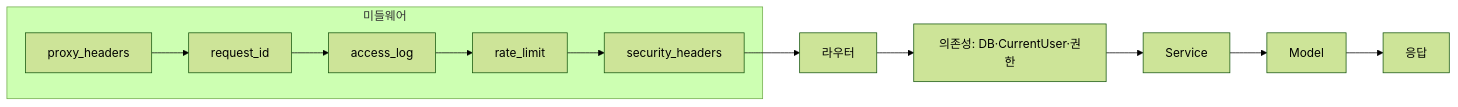
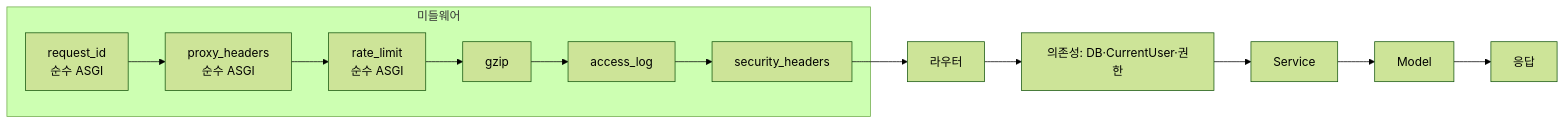
Before and after one commit to kyjness/2-kyjness-community-be: the third of 3 diagrams in docs/architecture.md, drawn with Mermaid (forest theme). The commit also changed other lines of this file and 85 other files, not shown here.

````diff
--- a/docs/architecture.md
+++ b/docs/architecture.md
@@ -226,14 +239,15 @@
 ```mermaid
 flowchart LR
     subgraph 미들웨어
-        A[proxy_headers] --> B[request_id]
-        B --> C[access_log]
-        C --> D[rate_limit]
-        D --> E[security_headers]
+        A[request_id<br/>순수 ASGI] --> B[proxy_headers<br/>순수 ASGI]
+        B --> C[rate_limit<br/>순수 ASGI]
+        C --> D[gzip]
+        D --> E[access_log]
+        E --> F[security_headers]
     end
-    E --> F[라우터]
-    F --> G[의존성: DB·CurrentUser·권한]
-    G --> H[Service]
-    H --> I[Model]
-    I --> J[응답]
+    F --> G[라우터]
+    G --> H[의존성: DB·CurrentUser·권한]
+    H --> I[Service]
+    I --> J[Model]
+    J --> K[응답]
 ```
````
